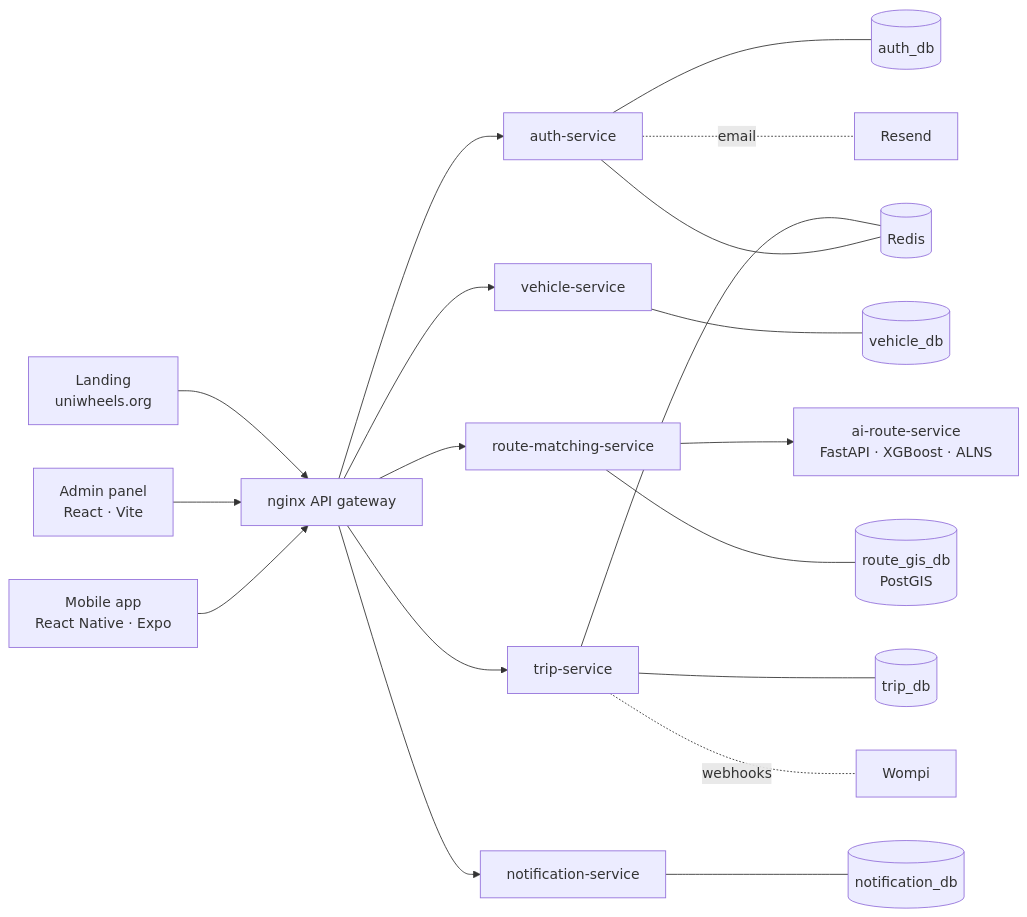
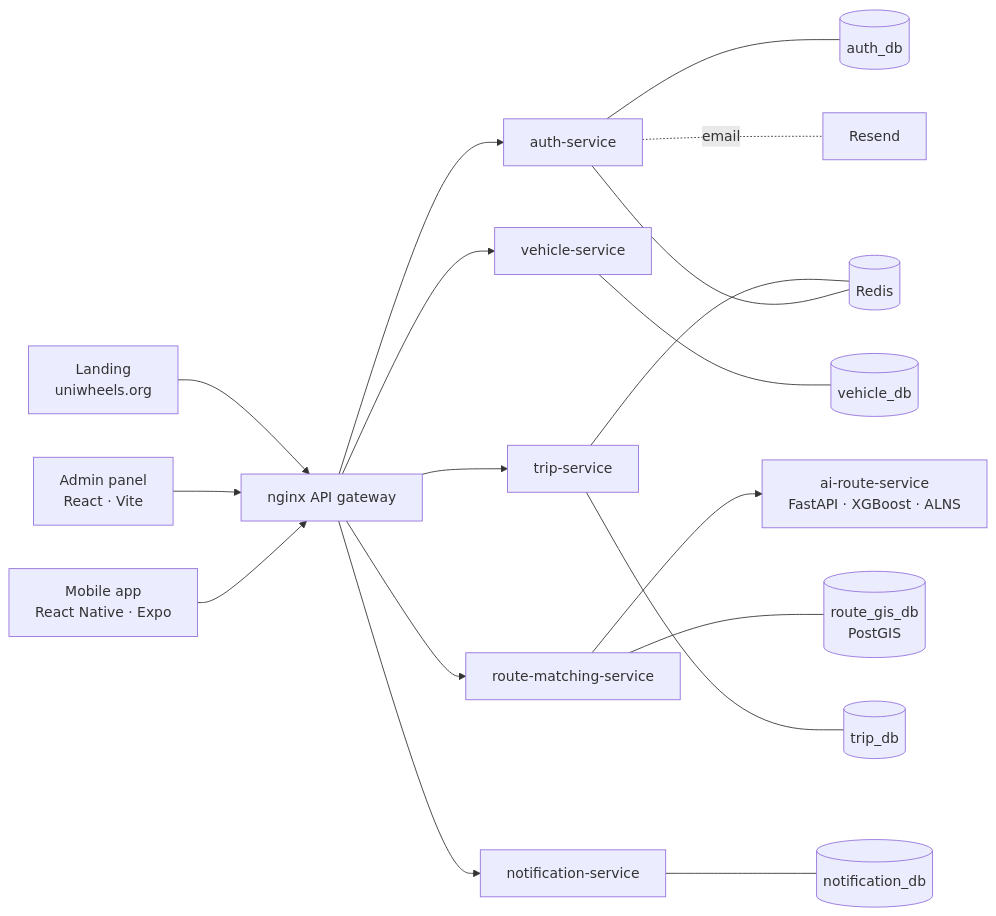
The diagram in README.md (Santiago-Serrano2004/UniWheels), drawn with Mermaid before and after one commit. The commit also changed other lines of this file, not shown here.

````diff
--- a/README.md
+++ b/README.md
@@ -25,21 +24,20 @@
 ```mermaid
 flowchart LR
     M[Mobile app<br/>React Native · Expo] --> G
     A[Admin panel<br/>React · Vite] --> G
     L[Landing<br/>uniwheels.org] --> G
     G[nginx API gateway] --> AU[auth-service]
     G --> VE[vehicle-service]
     G --> RM[route-matching-service]
     G --> TR[trip-service]
     G --> NO[notification-service]
     RM --> AI[ai-route-service<br/>FastAPI · XGBoost · ALNS]
     AU --- R[(Redis)]
     TR --- R
     AU --- DB1[(auth_db)]
     VE --- DB2[(vehicle_db)]
     RM --- DB3[(route_gis_db<br/>PostGIS)]
     TR --- DB4[(trip_db)]
     NO --- DB5[(notification_db)]
-    TR -. webhooks .- W[Wompi]
     AU -. email .- E[Resend]
 ```
````
